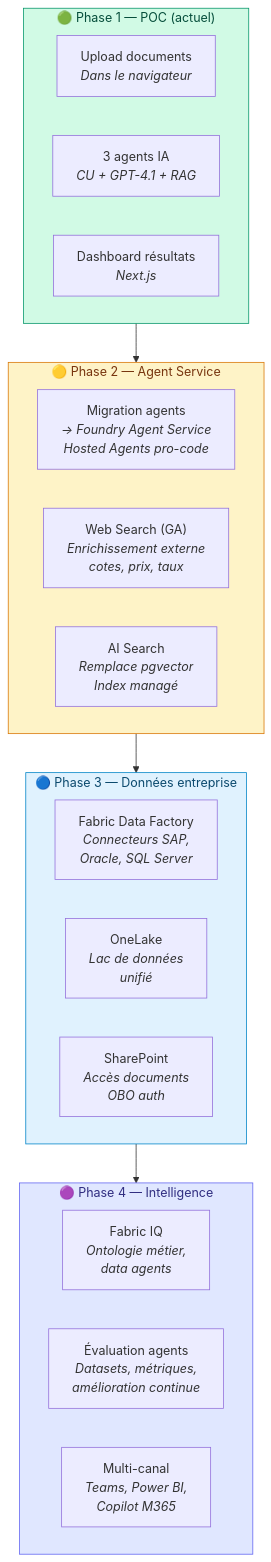
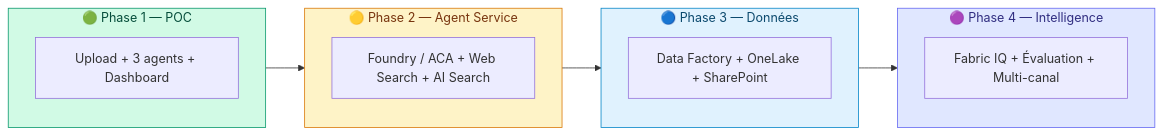
Before and after one commit to olivMertens/WorkbenchIQ: diagram 20 of 20 in docs/ARCHITECTURE-AGENTIC-V2-TARGET.md, drawn with Mermaid. The commit also changed other lines of this file and 6 other files, not shown here.

First line of the commit message:
Architecture docs: hybrid strategy, HITL, FAQ data locality, pipeline detail, PDF generator

````diff
--- a/docs/ARCHITECTURE-AGENTIC-V2-TARGET.md
+++ b/docs/ARCHITECTURE-AGENTIC-V2-TARGET.md
@@ -809,37 +920,20 @@
 ```mermaid
-graph TB
-    subgraph PHASE1["🟢 Phase 1 — POC (actuel)"]
-        direction LR
-        P1_1["Upload documents<br/><i>Dans le navigateur</i>"]
-        P1_2["3 agents IA<br/><i>CU + GPT-4.1 + RAG</i>"]
-        P1_3["Dashboard résultats<br/><i>Next.js</i>"]
+graph LR
+    subgraph PHASE1["🟢 Phase 1 — POC"]
+        P1_1["Upload + 3 agents + Dashboard"]
     end
-
     subgraph PHASE2["🟡 Phase 2 — Agent Service"]
-        direction LR
-        P2_1["Migration agents<br/><i>→ Foundry Agent Service<br/>Hosted Agents pro-code</i>"]
-        P2_2["Web Search (GA)<br/><i>Enrichissement externe<br/>cotes, prix, taux</i>"]
-        P2_3["AI Search<br/><i>Remplace pgvector<br/>Index managé</i>"]
+        P2_1["Foundry / ACA + Web Search + AI Search"]
     end
-
-    subgraph PHASE3["🔵 Phase 3 — Données entreprise"]
-        direction LR
-        P3_1["Fabric Data Factory<br/><i>Connecteurs SAP,<br/>Oracle, SQL Server</i>"]
-        P3_2["OneLake<br/><i>Lac de données<br/>unifié</i>"]
-        P3_3["SharePoint<br/><i>Accès documents<br/>OBO auth</i>"]
+    subgraph PHASE3["🔵 Phase 3 — Données"]
+        P3_1["Data Factory + OneLake + SharePoint"]
     end
-
     subgraph PHASE4["🟣 Phase 4 — Intelligence"]
-        direction LR
-        P4_1["Fabric IQ<br/><i>Ontologie métier,<br/>data agents</i>"]
-        P4_2["Évaluation agents<br/><i>Datasets, métriques,<br/>amélioration continue</i>"]
-        P4_3["Multi-canal<br/><i>Teams, Power BI,<br/>Copilot M365</i>"]
+        P4_1["Fabric IQ + Évaluation + Multi-canal"]
     end
-
     PHASE1 --> PHASE2 --> PHASE3 --> PHASE4
-
     style PHASE1 fill:#d1fae5,stroke:#059669,color:#064e3b
     style PHASE2 fill:#fef3c7,stroke:#d97706,color:#78350f
     style PHASE3 fill:#e0f2fe,stroke:#0284c7,color:#0c4a6e
     style PHASE4 fill:#e0e7ff,stroke:#6366f1,color:#312e81
 ```
````
